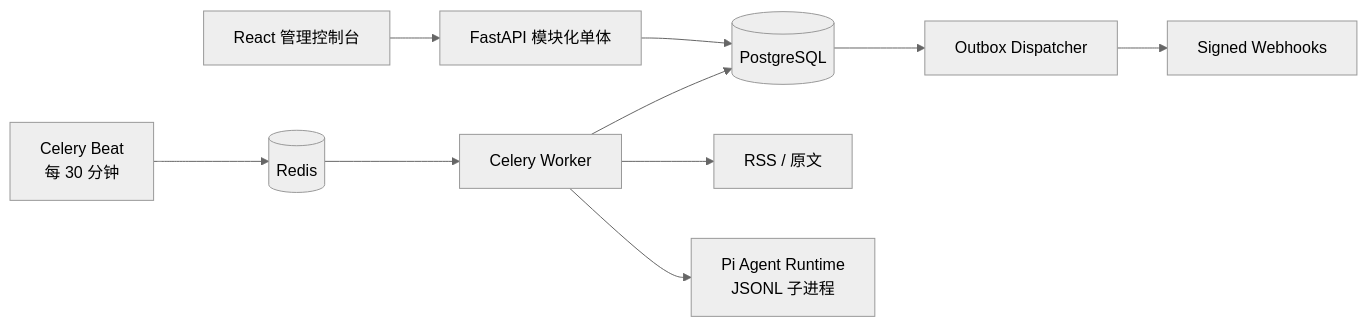
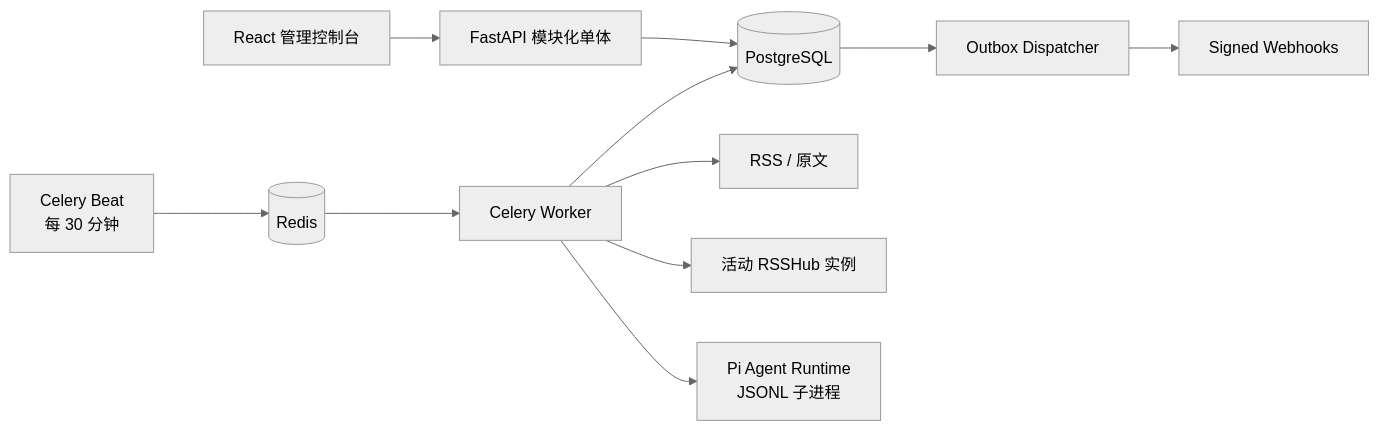
One commit to TheFool-ai/zeromind changed the diagram in README.md. Above: the diagram before and after it, drawn with Mermaid (neutral theme). The commit also changed other lines of this file and 1 other file, not shown here.

Commit message:
docs: explain RSSHub instance operations

````diff
--- a/README.md
+++ b/README.md
@@ -39,12 +43,13 @@
 ```mermaid
 flowchart LR
   UI["React 管理控制台"] --> API["FastAPI 模块化单体"]
   API --> PG[("PostgreSQL")]
   Beat["Celery Beat\n每 30 分钟"] --> Redis[("Redis")]
   Redis --> Worker["Celery Worker"]
   Worker --> Feed["RSS / 原文"]
+  Worker --> RSSHub["活动 RSSHub 实例"]
   Worker --> Pi["Pi Agent Runtime\nJSONL 子进程"]
   Worker --> PG
   PG --> Outbox["Outbox Dispatcher"]
   Outbox --> Hooks["Signed Webhooks"]
 ```
````
